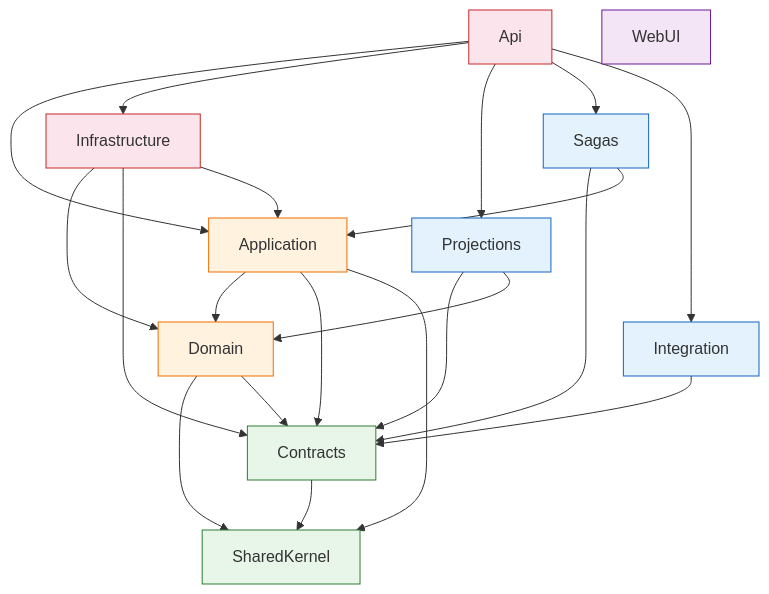
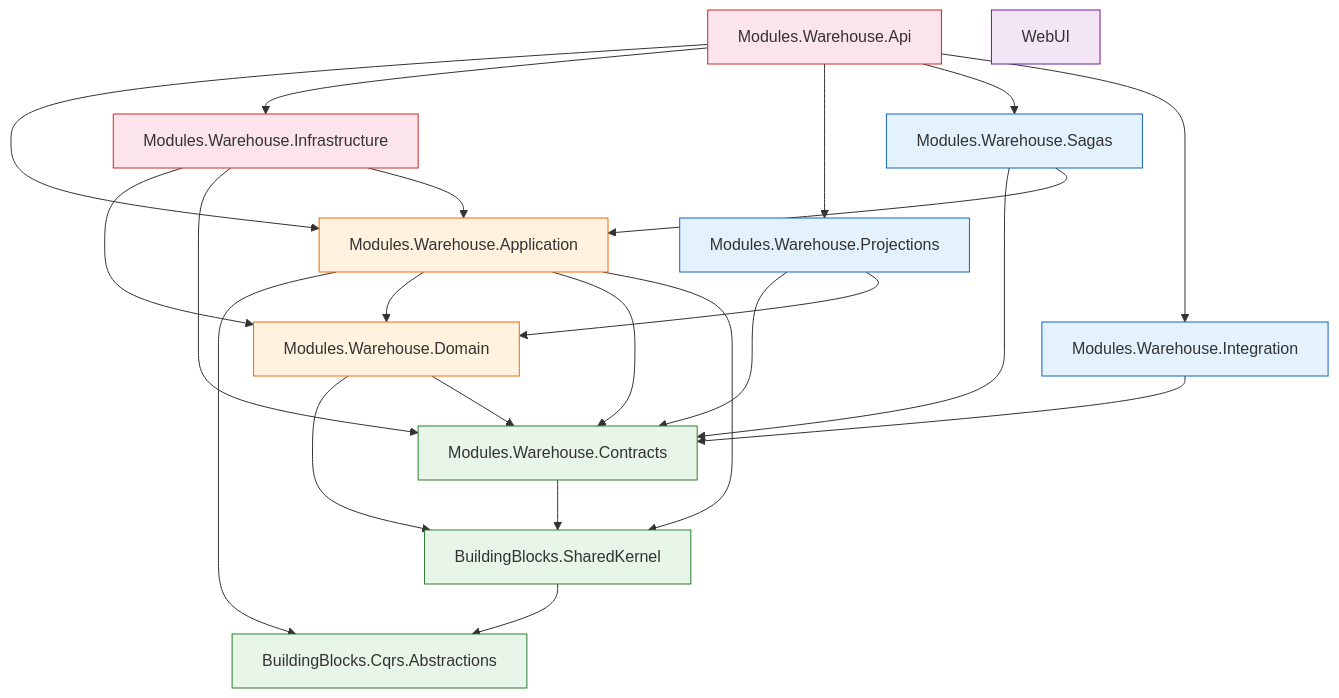
Before and after one commit to lauresta/lkvitai-mes: the diagram in docs/dependency-map.md, drawn with Mermaid. The commit also changed other lines of this file and 1 other file, not shown here.

Commit message:
refactor(P8.S1.T2): update architecture documentation for modular structure

````diff
--- a/docs/dependency-map.md
+++ b/docs/dependency-map.md
@@ -36,44 +39,48 @@
 ```mermaid
 graph TD
-    SK[SharedKernel]
-    C[Contracts]
-    D[Domain]
-    APP[Application]
-    INF[Infrastructure]
-    INT[Integration]
-    PRJ[Projections]
-    SAG[Sagas]
-    API[Api]
+    CQRS[BuildingBlocks.Cqrs.Abstractions]
+    SK[BuildingBlocks.SharedKernel]
+    C[Modules.Warehouse.Contracts]
+    D[Modules.Warehouse.Domain]
+    APP[Modules.Warehouse.Application]
+    INF[Modules.Warehouse.Infrastructure]
+    INT[Modules.Warehouse.Integration]
+    PRJ[Modules.Warehouse.Projections]
+    SAG[Modules.Warehouse.Sagas]
+    API[Modules.Warehouse.Api]
     WEB[WebUI]
 
+    SK --> CQRS
     C --> SK
     D --> SK
     D --> C
+    APP --> CQRS
     APP --> D
     APP --> C
     APP --> SK
     INF --> D
     INF --> C
     INF --> APP
     INT --> C
     PRJ --> C
     PRJ --> D
     SAG --> C
     SAG --> APP
     API --> APP
     API --> INF
     API --> PRJ
     API --> SAG
     API --> INT
 
+    style CQRS fill:#e8f5e9,stroke:#2e7d32
     style SK fill:#e8f5e9,stroke:#2e7d32
     style C fill:#e8f5e9,stroke:#2e7d32
     style D fill:#fff3e0,stroke:#ef6c00
     style APP fill:#fff3e0,stroke:#ef6c00
     style INF fill:#fce4ec,stroke:#c62828
     style INT fill:#e3f2fd,stroke:#1565c0
     style PRJ fill:#e3f2fd,stroke:#1565c0
     style SAG fill:#e3f2fd,stroke:#1565c0
     style API fill:#fce4ec,stroke:#c62828
     style WEB fill:#f3e5f5,stroke:#6a1b9a
 ```
````
